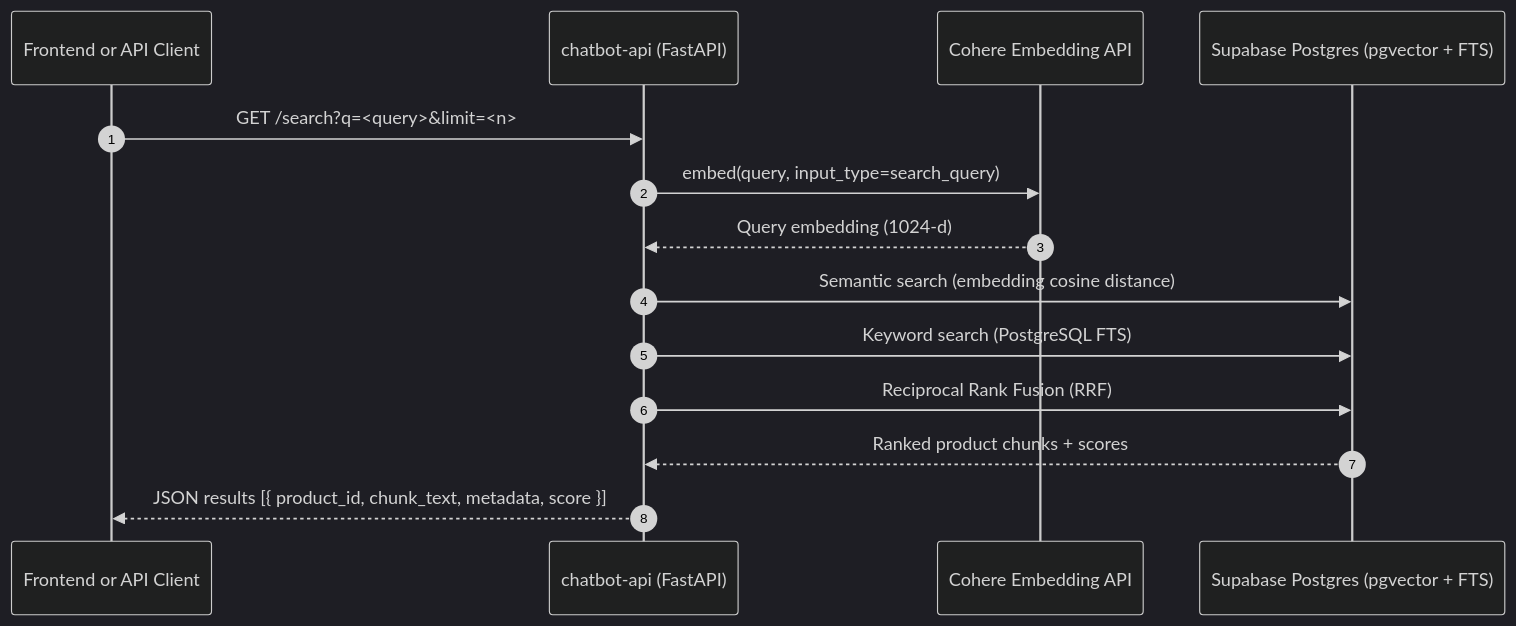
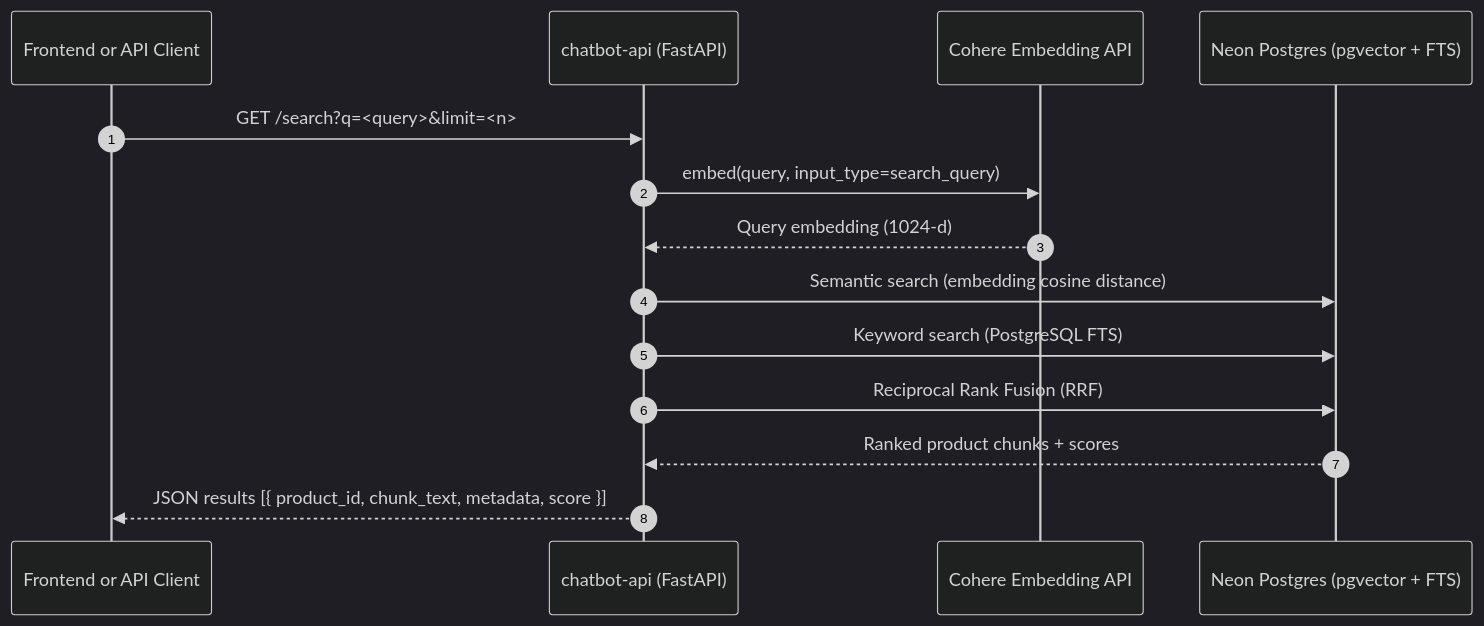
The third of 4 diagrams in README.md (yanyetang/nexus-chat-api), drawn with Mermaid (dark theme) before and after one commit. The commit also changed other lines of this file and 4 other files, not shown here.

Commit message:
refactor: remove Supabase references and update environment variables for Neon PostgreSQL integration

````diff
--- a/README.md
+++ b/README.md
@@ -101,19 +101,19 @@
 ```mermaid
 sequenceDiagram
   autonumber
   participant FE as Frontend or API Client
   participant API as chatbot-api (FastAPI)
   participant Cohere as Cohere Embedding API
-  participant DB as Supabase Postgres (pgvector + FTS)
+  participant DB as Neon Postgres (pgvector + FTS)
 
   FE->>API: GET /search?q=<query>&limit=<n>
   API->>Cohere: embed(query, input_type=search_query)
   Cohere-->>API: Query embedding (1024-d)
 
   API->>DB: Semantic search (embedding cosine distance)
   API->>DB: Keyword search (PostgreSQL FTS)
   API->>DB: Reciprocal Rank Fusion (RRF)
   DB-->>API: Ranked product chunks + scores
 
   API-->>FE: JSON results [{ product_id, chunk_text, metadata, score }]
 ```
````
